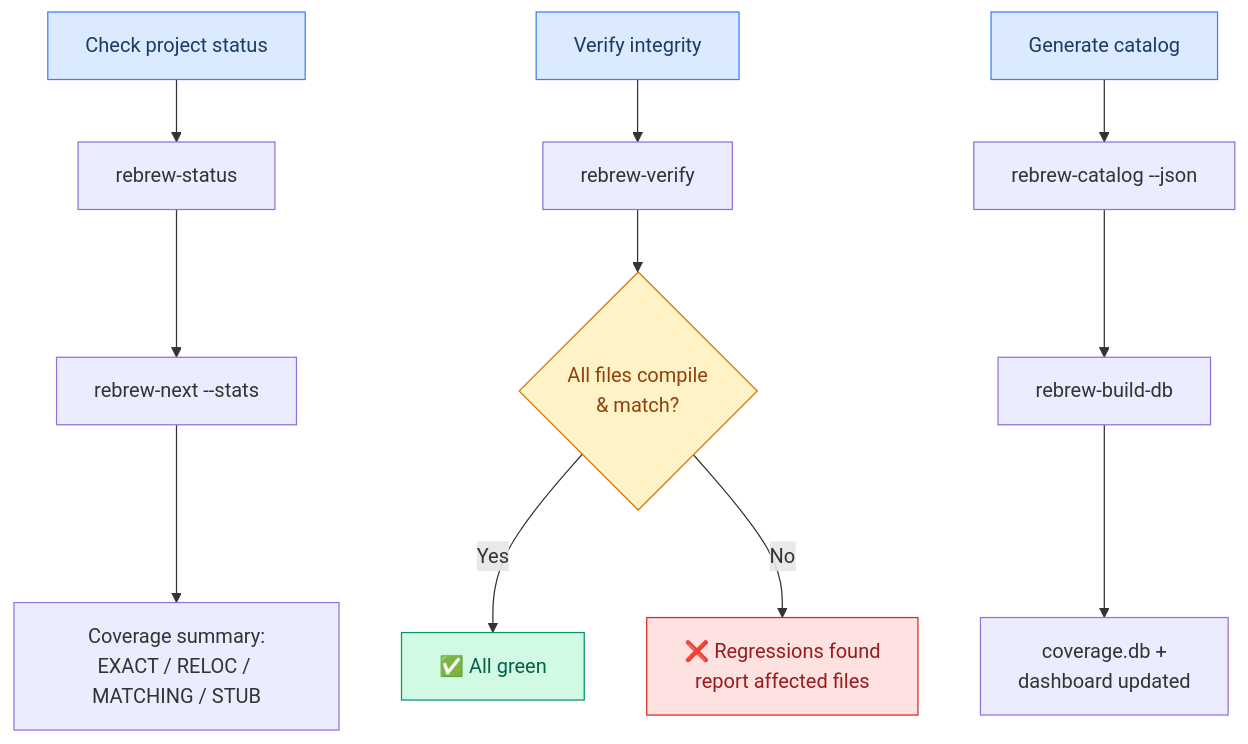
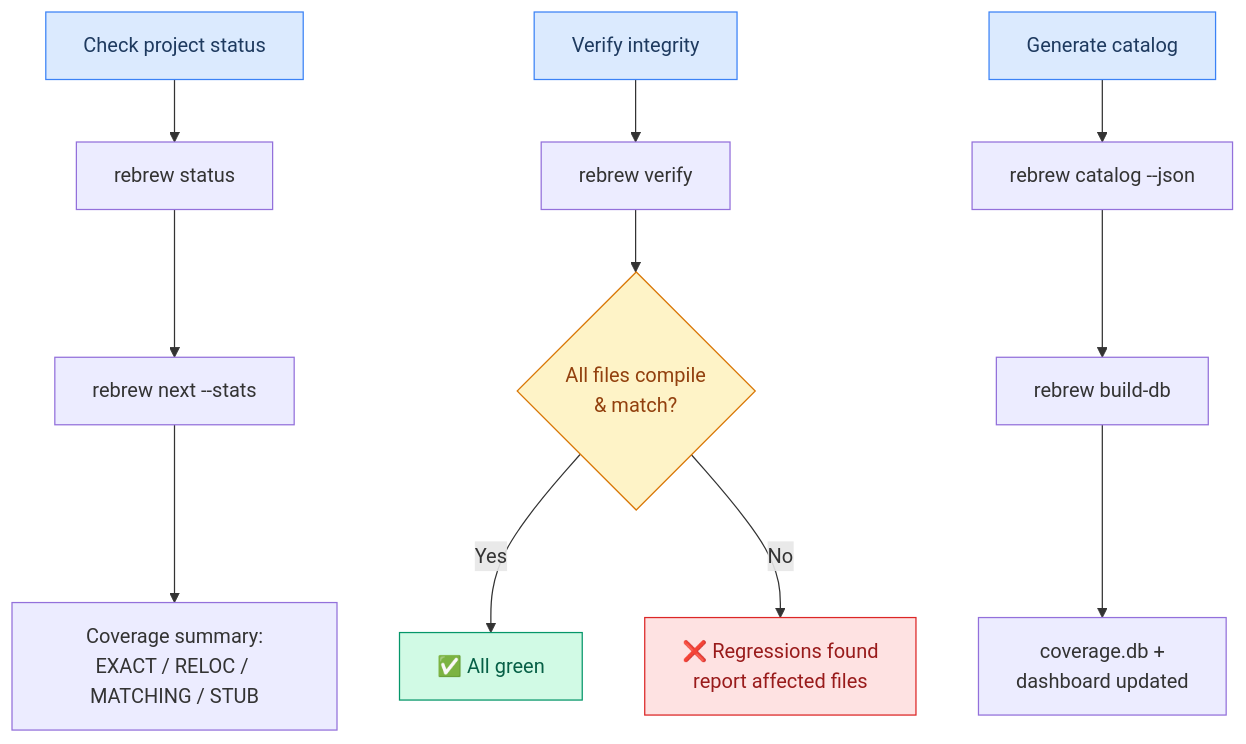
Diagram 11 of 16 in docs/USER_STORIES.md (maci0/rebrew), drawn with Mermaid before and after one commit. The commit also changed other lines of this file and 16 other files, not shown here.

````diff
--- a/docs/USER_STORIES.md
+++ b/docs/USER_STORIES.md
@@ -369,22 +369,22 @@
 ```mermaid
 graph TD
-    A["Check project status"] --> S["rebrew-status"]
-    S --> B["rebrew-next --stats"]
+    A["Check project status"] --> S["rebrew status"]
+    S --> B["rebrew next --stats"]
     B --> C["Coverage summary:<br/>EXACT / RELOC / MATCHING / STUB"]
 
-    D["Verify integrity"] --> E["rebrew-verify"]
+    D["Verify integrity"] --> E["rebrew verify"]
     E --> F{"All files compile<br/>& match?"}
     F -->|Yes| G["✅ All green"]
     F -->|No| H["❌ Regressions found<br/>report affected files"]
 
-    I["Generate catalog"] --> J["rebrew-catalog --json"]
-    J --> BD["rebrew-build-db"]
+    I["Generate catalog"] --> J["rebrew catalog --json"]
+    J --> BD["rebrew build-db"]
     BD --> K["coverage.db +<br/>dashboard updated"]
 
     style A fill:#dbeafe,stroke:#3b82f6,color:#1e3a5f
     style D fill:#dbeafe,stroke:#3b82f6,color:#1e3a5f
     style I fill:#dbeafe,stroke:#3b82f6,color:#1e3a5f
     style G fill:#d1fae5,stroke:#059669,color:#065f46
     style H fill:#fee2e2,stroke:#dc2626,color:#991b1b
     style F fill:#fef3c7,stroke:#d97706,color:#92400e
 ```
````
